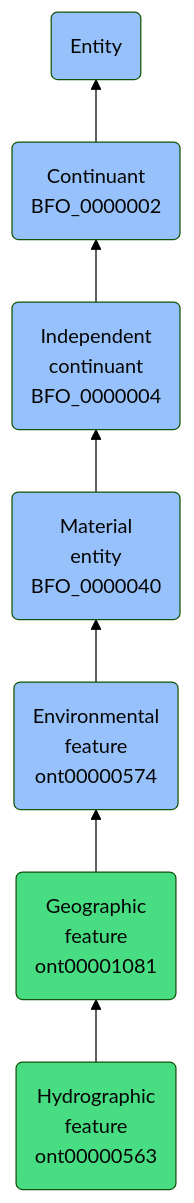
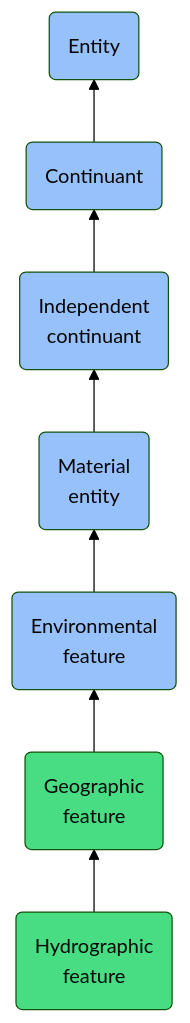
The diagram in docs/ontology/reference/model/Entity/Continuant/Independent continuant/Material entity/Environmental feature/Geographic feature/Hydrographic feature/Hydrographic feature.md (jupyter-naas/abi), drawn with Mermaid (forest theme) before and after one commit. The commit also changed other lines of this file and 1430 other files, not shown here.

````diff
--- a/docs/ontology/reference/model/Entity/Continuant/Independent continuant/Material entity/Environmental feature/Geographic feature/Hydrographic feature/Hydrographic feature.md
+++ b/docs/ontology/reference/model/Entity/Continuant/Independent continuant/Material entity/Environmental feature/Geographic feature/Hydrographic feature/Hydrographic feature.md
@@ -24,14 +24,14 @@
 ```mermaid
 graph BT
-    ont00000563(Hydrographic<br>feature<br>ont00000563):::ABI-->ont00001081
-    ont00001081(Geographic<br>feature<br>ont00001081):::ABI-->ont00000574
-    ont00000574(Environmental<br>feature<br>ont00000574):::BFO-->BFO_0000040
-    BFO_0000040(Material<br>entity<br>BFO_0000040):::BFO-->BFO_0000004
-    BFO_0000004(Independent<br>continuant<br>BFO_0000004):::BFO-->BFO_0000002
-    BFO_0000002(Continuant<br>BFO_0000002):::BFO-->BFO_0000001
+    ont00000563(Hydrographic<br>feature):::ABI-->ont00001081
+    ont00001081(Geographic<br>feature):::ABI-->ont00000574
+    ont00000574(Environmental<br>feature):::BFO-->BFO_0000040
+    BFO_0000040(Material<br>entity):::BFO-->BFO_0000004
+    BFO_0000004(Independent<br>continuant):::BFO-->BFO_0000002
+    BFO_0000002(Continuant):::BFO-->BFO_0000001
     BFO_0000001(Entity):::BFO
     
     classDef BFO fill:#97c1fb,color:#060606
     classDef CCO fill:#e4c51e,color:#060606
     classDef ABI fill:#48DD82,color:#060606
 ```
````
